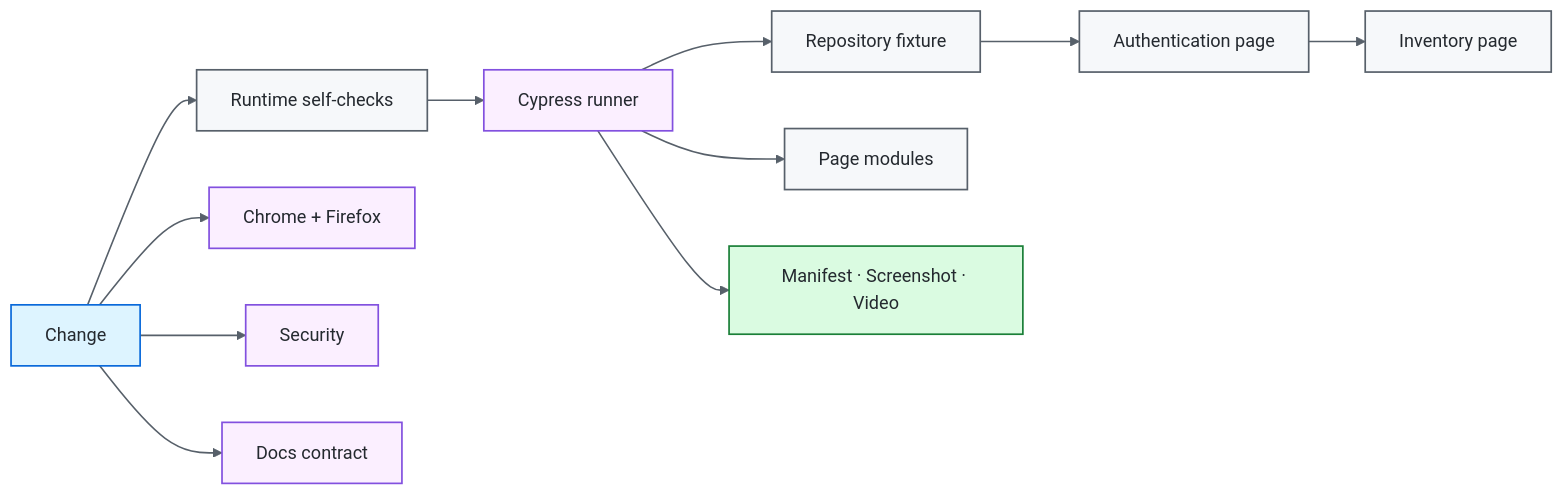
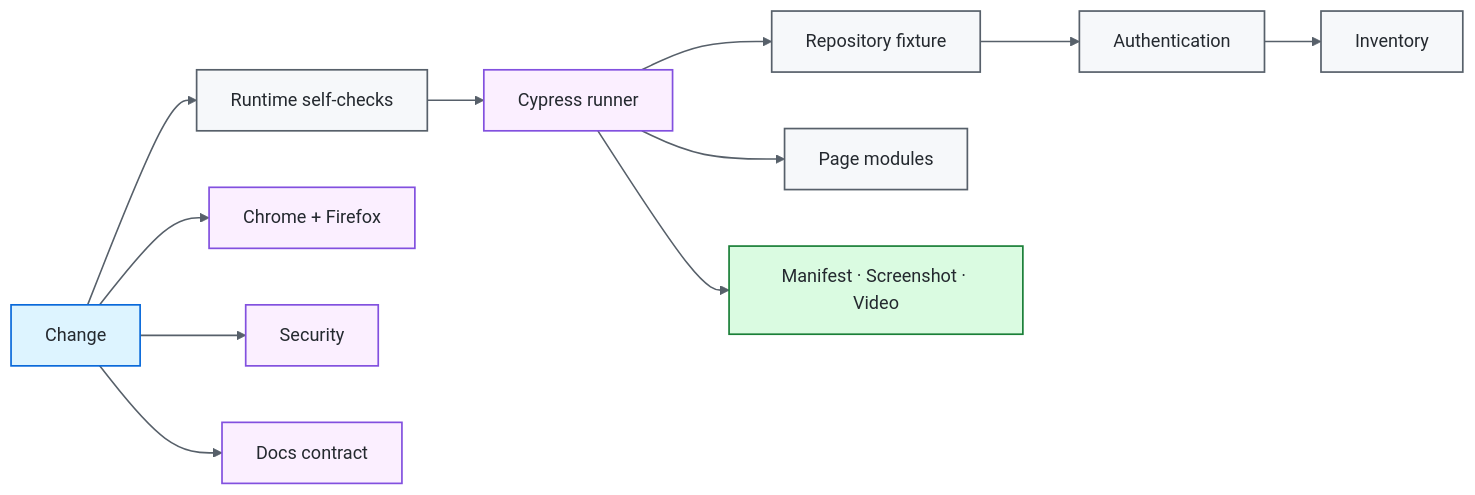
The diagram in README.md (portyu9/qa-automation-ui-cypress), drawn with Mermaid (forest theme) before and after one commit. The commit also changed other lines of this file, not shown here.

````diff
--- a/README.md
+++ b/README.md
@@ -35,23 +38,23 @@
 ```mermaid
 flowchart LR
     CHANGE[Change] --> CFG[Runtime self-checks]
     CFG --> CYP[Cypress runner]
     CYP --> FIX[Repository fixture]
-    FIX --> AUTH[Authentication page]
-    AUTH --> INV[Inventory page]
+    FIX --> AUTH[Authentication]
+    AUTH --> INV[Inventory]
     CYP --> PAGE[Page modules]
     CYP --> EV[Manifest · Screenshot · Video]
     CHANGE --> EXT[Chrome + Firefox]
     CHANGE --> SEC[Security]
     CHANGE --> DOCS[Docs contract]
 
     classDef entry fill:#ddf4ff,stroke:#0969da,color:#24292f,stroke-width:1.5px;
     classDef core fill:#f6f8fa,stroke:#57606a,color:#24292f,stroke-width:1.5px;
     classDef gate fill:#fbefff,stroke:#8250df,color:#24292f,stroke-width:1.5px;
     classDef evidence fill:#dafbe1,stroke:#1a7f37,color:#24292f,stroke-width:1.5px;
     class CHANGE entry;
     class CFG,FIX,AUTH,INV,PAGE core;
     class CYP,EXT,SEC,DOCS gate;
     class EV evidence;
     linkStyle default stroke:#57606a,stroke-width:1.4px;
 ```
````
